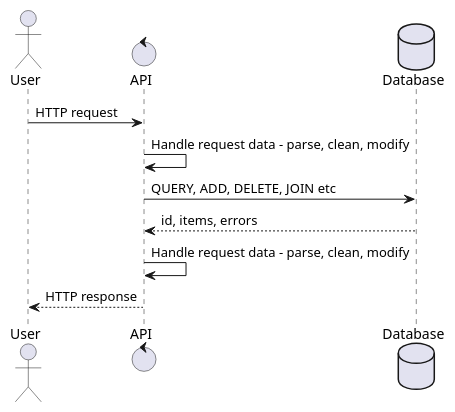
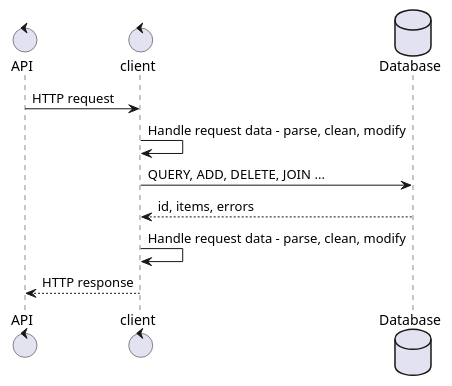
One commit to MechaProgrammer/programmable-web-2019 changed the diagram in docs/diagrams/database.wsd. Above: the diagram before and after it, drawn with PlantUML. The commit also changed 4 other files, not shown here.

```diff
--- a/docs/diagrams/database.wsd
+++ b/docs/diagrams/database.wsd
@@ -1,12 +1,12 @@
 @startuml
-actor User
 control API
+control client
 database Database
 
-User -> API: HTTP request
-API -> API: Handle request data - parse, clean, modify
-API -> Database: QUERY, ADD, DELETE, JOIN etc
-API <-- Database: id, items, errors
-API -> API: Handle request data - parse, clean, modify
-User <-- API: HTTP response
+API -> client: HTTP request
+client -> client: Handle request data - parse, clean, modify
+client -> Database: QUERY, ADD, DELETE, JOIN ...
+client <-- Database: id, items, errors
+client -> client: Handle request data - parse, clean, modify
+API <-- client: HTTP response
 @enduml
```
